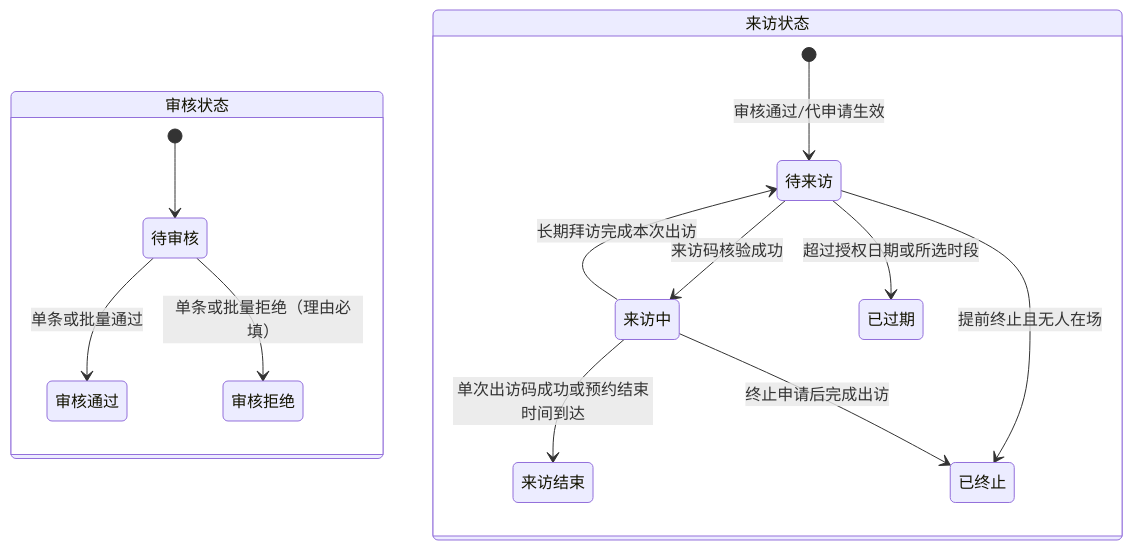
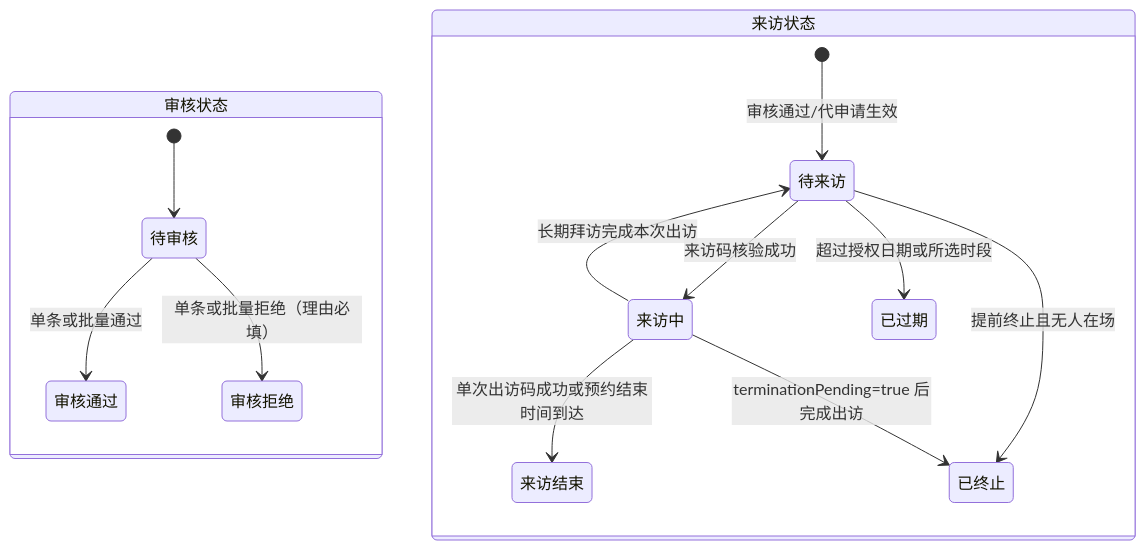
Before and after one commit to tangxiaochen755-droid/visitor-phase1-visual-blue: the first of 2 diagrams in docs/integration/03-状态机与数据口径.md, drawn with Mermaid. The commit also changed other lines of this file and 26 other files, not shown here.

````diff
--- a/docs/integration/03-状态机与数据口径.md
+++ b/docs/integration/03-状态机与数据口径.md
@@ -18,17 +19,17 @@
 ```mermaid
 stateDiagram-v2
   state 审核状态 {
     [*] --> 待审核
     待审核 --> 审核通过: 单条或批量通过
     待审核 --> 审核拒绝: 单条或批量拒绝（理由必填）
   }
   state 来访状态 {
     [*] --> 待来访: 审核通过/代申请生效
     待来访 --> 来访中: 来访码核验成功
     来访中 --> 待来访: 长期拜访完成本次出访
     来访中 --> 来访结束: 单次出访码成功或预约结束时间到达
     待来访 --> 已过期: 超过授权日期或所选时段
     待来访 --> 已终止: 提前终止且无人在场
-    来访中 --> 已终止: 终止申请后完成出访
+    来访中 --> 已终止: terminationPending=true 后完成出访
   }
 ```
````
